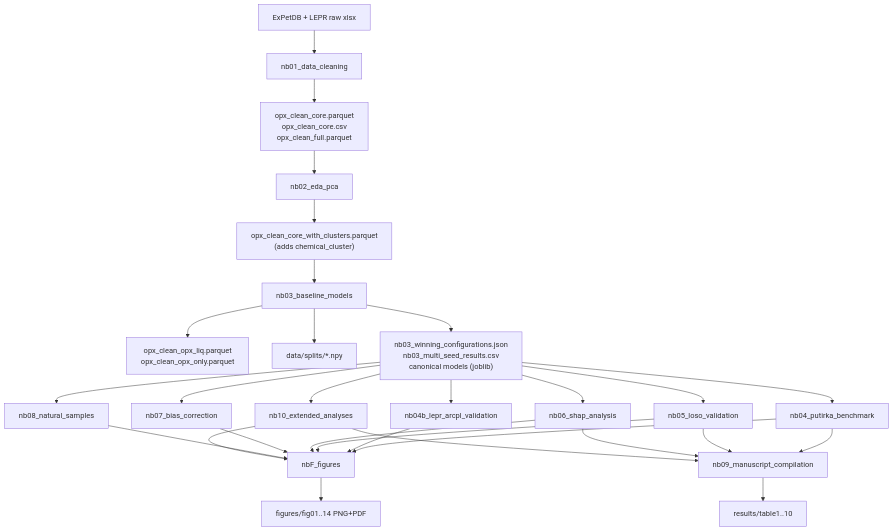
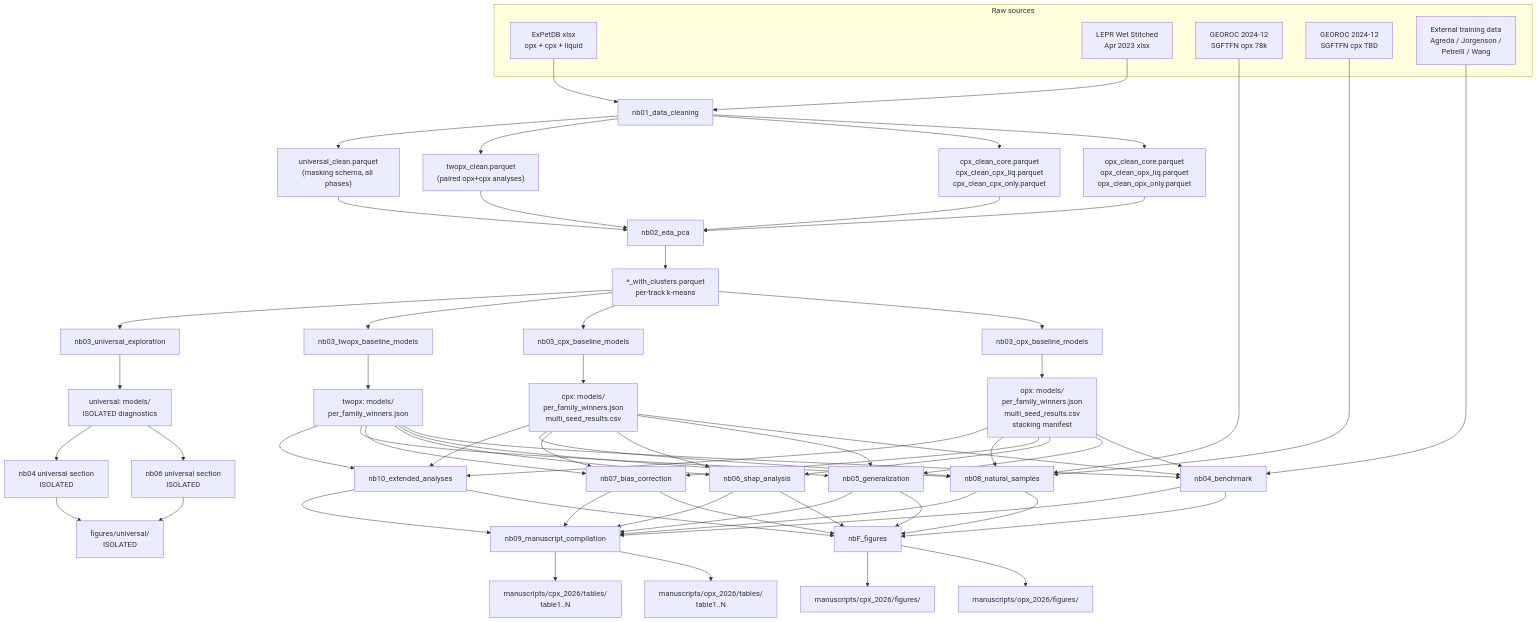
Before and after one commit to NoisySnooper/Orthopyroxene-ML-Project: the first of 2 diagrams in PROJECT_OVERVIEW.md, drawn with Mermaid. The commit also changed other lines of this file and 377 other files, not shown here.

Commit message:
Phase A: cleanup results/figures/models, delete __pycache__, create manuscript/models scaffolds, generate data/hashes.json

````diff
--- a/PROJECT_OVERVIEW.md
+++ b/PROJECT_OVERVIEW.md
@@ -9,34 +37,86 @@
 ```mermaid
 flowchart TD
-    RAW["ExPetDB + LEPR raw xlsx"] --> NB01[nb01_data_cleaning]
-    NB01 --> CORE["opx_clean_core.parquet<br/>opx_clean_core.csv<br/>opx_clean_full.parquet"]
-    CORE --> NB02[nb02_eda_pca]
-    NB02 --> CLUSTERED["opx_clean_core_with_clusters.parquet<br/>(adds chemical_cluster)"]
-    CLUSTERED --> NB03[nb03_baseline_models]
-    NB03 --> LIQ["opx_clean_opx_liq.parquet<br/>opx_clean_opx_only.parquet"]
-    NB03 --> SPLITS["data/splits/*.npy"]
-    NB03 --> WIN["nb03_winning_configurations.json<br/>nb03_multi_seed_results.csv<br/>canonical models (joblib)"]
+    subgraph RAW_DATA["Raw sources"]
+        EXPETDB["ExPetDB xlsx<br/>opx + cpx + liquid"]
+        LEPR["LEPR Wet Stitched<br/>Apr 2023 xlsx"]
+        GEOROC_OPX["GEOROC 2024-12<br/>SGFTFN opx 78k"]
+        GEOROC_CPX["GEOROC 2024-12<br/>SGFTFN cpx TBD"]
+        EXT_TRAIN["External training data<br/>Agreda / Jorgenson /<br/>Petrelli / Wang"]
+    end
 
-    WIN --> NB04[nb04_putirka_benchmark]
-    WIN --> NB04B[nb04b_lepr_arcpl_validation]
-    WIN --> NB05[nb05_loso_validation]
-    WIN --> NB06[nb06_shap_analysis]
-    WIN --> NB07[nb07_bias_correction]
-    WIN --> NB08[nb08_natural_samples]
-    WIN --> NB10[nb10_extended_analyses]
+    EXPETDB --> NB01[nb01_data_cleaning]
+    LEPR --> NB01
+
+    NB01 --> OPX_CLEAN["opx_clean_core.parquet<br/>opx_clean_opx_liq.parquet<br/>opx_clean_opx_only.parquet"]
+    NB01 --> CPX_CLEAN["cpx_clean_core.parquet<br/>cpx_clean_cpx_liq.parquet<br/>cpx_clean_cpx_only.parquet"]
+    NB01 --> TWOPX_CLEAN["twopx_clean.parquet<br/>(paired opx+cpx analyses)"]
+    NB01 --> UNIVERSAL_CLEAN["universal_clean.parquet<br/>(masking schema, all phases)"]
+
+    OPX_CLEAN --> NB02[nb02_eda_pca]
+    CPX_CLEAN --> NB02
+    TWOPX_CLEAN --> NB02
+    UNIVERSAL_CLEAN --> NB02
+
+    NB02 --> CLUSTERED["*_with_clusters.parquet<br/>per-track k-means"]
+
+    CLUSTERED --> NB03_OPX[nb03_opx_baseline_models]
+    CLUSTERED --> NB03_CPX[nb03_cpx_baseline_models]
+    CLUSTERED --> NB03_TWOPX[nb03_twopx_baseline_models]
+    CLUSTERED --> NB03_UNIV[nb03_universal_exploration]
+
+    NB03_OPX --> WIN_OPX["opx: models/<br/>per_family_winners.json<br/>multi_seed_results.csv<br/>stacking manifest"]
+    NB03_CPX --> WIN_CPX["cpx: models/<br/>per_family_winners.json<br/>multi_seed_results.csv"]
+    NB03_TWOPX --> WIN_TWOPX["twopx: models/<br/>per_family_winners.json"]
+    NB03_UNIV --> WIN_UNIV["universal: models/<br/>ISOLATED diagnostics"]
+
+    WIN_OPX --> NB04[nb04_benchmark]
+    WIN_CPX --> NB04
+    WIN_TWOPX --> NB04
+    EXT_TRAIN --> NB04
+
+    WIN_OPX --> NB05[nb05_generalization]
+    WIN_CPX --> NB05
+    WIN_TWOPX --> NB05
+
+    WIN_OPX --> NB06[nb06_shap_analysis]
+    WIN_CPX --> NB06
+    WIN_TWOPX --> NB06
+
+    WIN_OPX --> NB07[nb07_bias_correction]
+    WIN_CPX --> NB07
+    WIN_TWOPX --> NB07
+
+    GEOROC_OPX --> NB08[nb08_natural_samples]
+    GEOROC_CPX --> NB08
+    WIN_OPX --> NB08
+    WIN_CPX --> NB08
+    WIN_TWOPX --> NB08
+
+    WIN_OPX --> NB10[nb10_extended_analyses]
+    WIN_CPX --> NB10
+    WIN_TWOPX --> NB10
 
     NB04 --> FIG[nbF_figures]
-    NB04B --> FIG
     NB05 --> FIG
     NB06 --> FIG
     NB07 --> FIG
     NB08 --> FIG
     NB10 --> FIG
 
+    WIN_UNIV --> NB06_UNIV["nb06 universal section<br/>ISOLATED"]
+    WIN_UNIV --> NB04_UNIV["nb04 universal section<br/>ISOLATED"]
+    NB06_UNIV --> FIG_UNIV["figures/universal/<br/>ISOLATED"]
+    NB04_UNIV --> FIG_UNIV
+
     NB04 --> NB09[nb09_manuscript_compilation]
     NB05 --> NB09
     NB06 --> NB09
+    NB07 --> NB09
+    NB08 --> NB09
     NB10 --> NB09
-    NB09 --> T[results/table1..10]
-    FIG --> F[figures/fig01..14 PNG+PDF]
+
+    NB09 --> TABLES_OPX["manuscripts/opx_2026/tables/<br/>table1..N"]
+    NB09 --> TABLES_CPX["manuscripts/cpx_2026/tables/<br/>table1..N"]
+    FIG --> FIG_OPX["manuscripts/opx_2026/figures/"]
+    FIG --> FIG_CPX["manuscripts/cpx_2026/figures/"]
 ```
````
